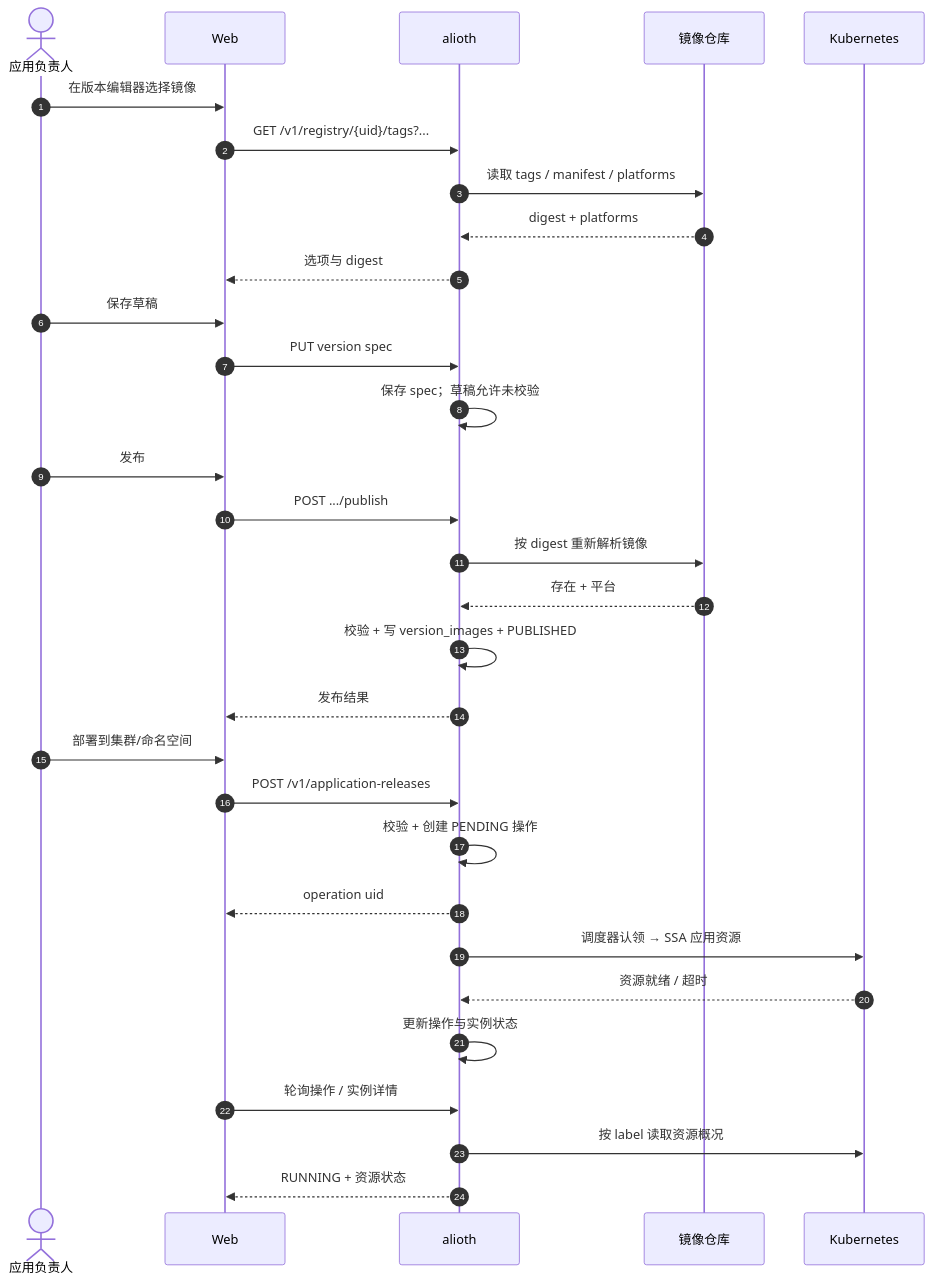
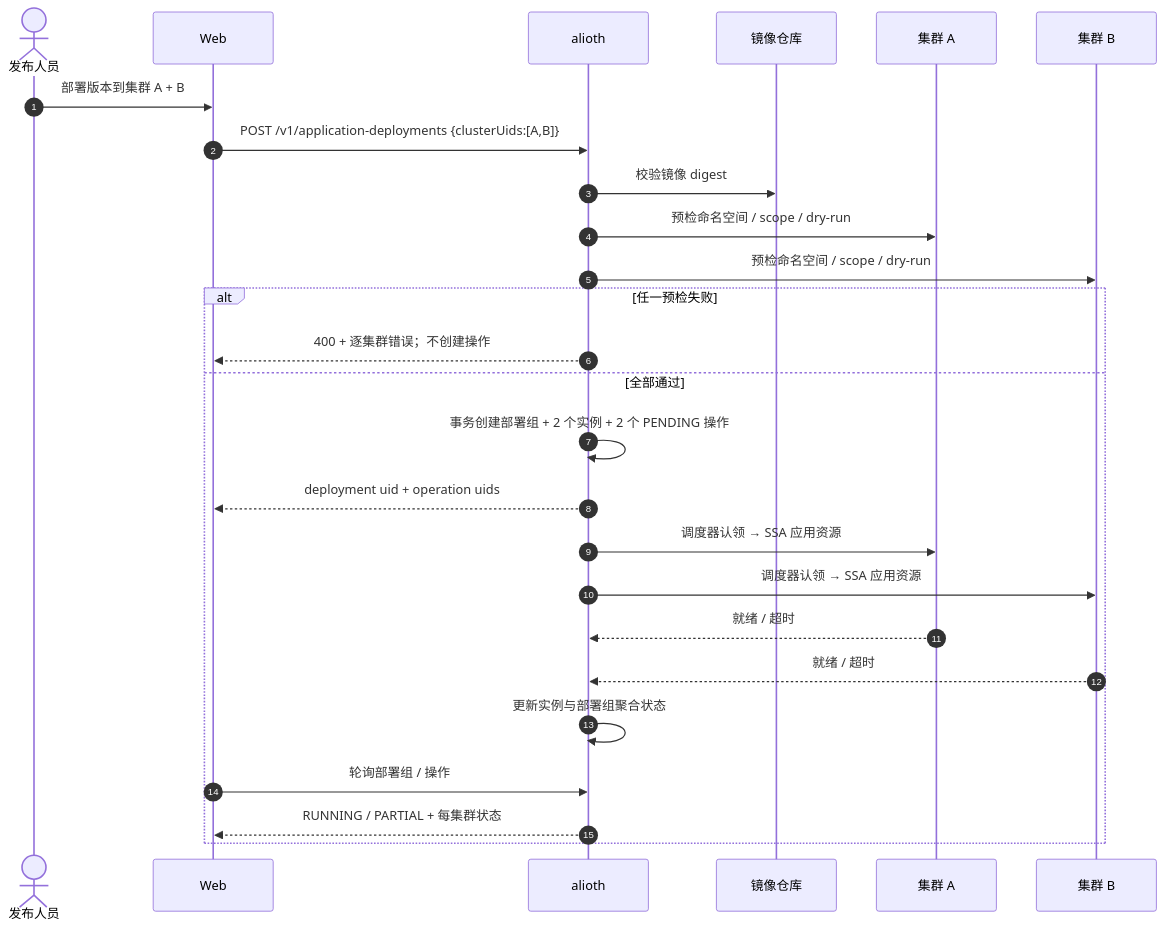
The fourth of 4 diagrams in docs/private-cloud-design.md (aide-family/moon), drawn with Mermaid before and after one commit. The commit also changed other lines of this file and 22 other files, not shown here.

First line of the commit message:
docs(private-cloud): extend scope to external sync, any resources and multi-cluster

````diff
--- a/docs/private-cloud-design.md
+++ b/docs/private-cloud-design.md
@@ -729,34 +884,29 @@
 ```mermaid
 sequenceDiagram
   autonumber
-  actor U as 应用负责人
+  actor U as 发布人员
   participant W as Web
   participant A as alioth
   participant R as 镜像仓库
-  participant K as Kubernetes
+  participant C1 as 集群 A
+  participant C2 as 集群 B
 
-  U->>W: 在版本编辑器选择镜像
-  W->>A: GET /v1/registry/{uid}/tags?...
-  A->>R: 读取 tags / manifest / platforms
-  R-->>A: digest + platforms
-  A-->>W: 选项与 digest
-  U->>W: 保存草稿
-  W->>A: PUT version spec
-  A->>A: 保存 spec；草稿允许未校验
-  U->>W: 发布
-  W->>A: POST .../publish
-  A->>R: 按 digest 重新解析镜像
-  R-->>A: 存在 + 平台
-  A->>A: 校验 + 写 version_images + PUBLISHED
-  A-->>W: 发布结果
-  U->>W: 部署到集群/命名空间
-  W->>A: POST /v1/application-releases
-  A->>A: 校验 + 创建 PENDING 操作
-  A-->>W: operation uid
-  A->>K: 调度器认领 → SSA 应用资源
-  K-->>A: 资源就绪 / 超时
-  A->>A: 更新操作与实例状态
-  W->>A: 轮询操作 / 实例详情
-  A->>K: 按 label 读取资源概况
-  A-->>W: RUNNING + 资源状态
+  U->>W: 部署版本到集群 A + B
+  W->>A: POST /v1/application-deployments {clusterUids:[A,B]}
+  A->>R: 校验镜像 digest
+  A->>C1: 预检命名空间 / scope / dry-run
+  A->>C2: 预检命名空间 / scope / dry-run
+  alt 任一预检失败
+    A-->>W: 400 + 逐集群错误；不创建操作
+  else 全部通过
+    A->>A: 事务创建部署组 + 2 个实例 + 2 个 PENDING 操作
+    A-->>W: deployment uid + operation uids
+    A->>C1: 调度器认领 → SSA 应用资源
+    A->>C2: 调度器认领 → SSA 应用资源
+    C1-->>A: 就绪 / 超时
+    C2-->>A: 就绪 / 超时
+    A->>A: 更新实例与部署组聚合状态
+    W->>A: 轮询部署组 / 操作
+    A-->>W: RUNNING / PARTIAL + 每集群状态
+  end
 ```
````
